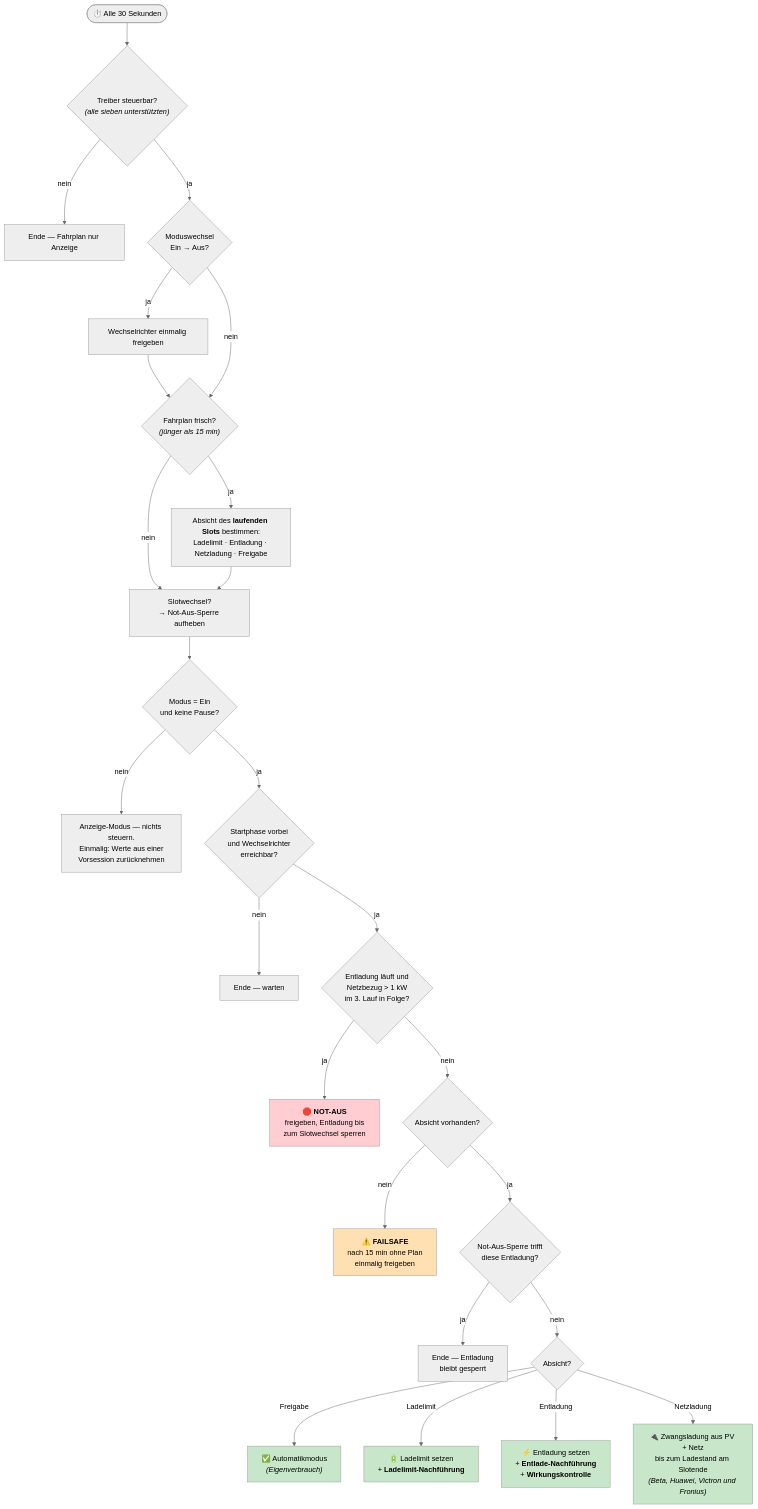
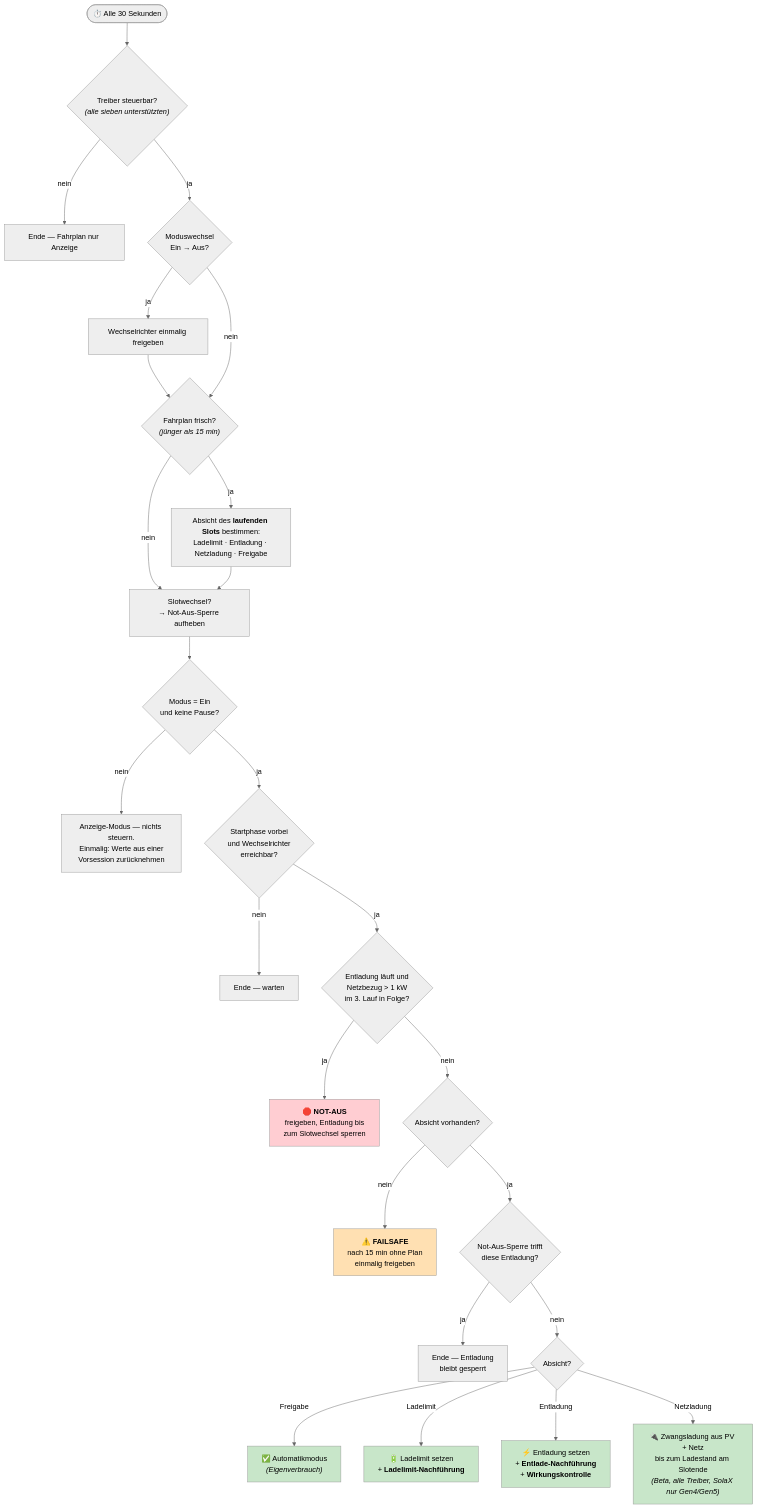
One commit to RobertHell82/EEGEnergyOptimizer2 changed the second of 2 diagrams in docs/steuerung.md. Above: the diagram before and after it, drawn with Mermaid (neutral theme). The commit also changed other lines of this file and 17 other files, not shown here.

First line of the commit message:
docs: Netzladen und Spitzenkappung für alle Wechselrichter

````diff
--- a/docs/steuerung.md
+++ b/docs/steuerung.md
@@ -65,33 +65,33 @@
 ```mermaid
 flowchart TD
     START(["⏱️ Alle 30 Sekunden"]) --> SUP{"Treiber steuerbar?<br/><i>(alle sieben unterstützten)</i>"}
     SUP -- "nein" --> E1["Ende — Fahrplan nur Anzeige"]
     SUP -- "ja" --> WECHSEL{"Moduswechsel<br/>Ein → Aus?"}
     WECHSEL -- "ja" --> REL["Wechselrichter einmalig freigeben"] --> FRISCH
     WECHSEL -- "nein" --> FRISCH{"Fahrplan frisch?<br/><i>(jünger als 15 min)</i>"}
     FRISCH -- "ja" --> ABSICHT["Absicht des <b>laufenden Slots</b> bestimmen:<br/>Ladelimit · Entladung · Netzladung · Freigabe"]
     FRISCH -- "nein" --> SLOT
     ABSICHT --> SLOT["Slotwechsel?<br/>→ Not-Aus-Sperre aufheben"]
     SLOT --> MODUS{"Modus = Ein<br/>und keine Pause?"}
     MODUS -- "nein" --> E2["Anzeige-Modus — nichts steuern.<br/>Einmalig: Werte aus einer<br/>Vorsession zurücknehmen"]
     MODUS -- "ja" --> BEREIT{"Startphase vorbei<br/>und Wechselrichter<br/>erreichbar?"}
     BEREIT -- "nein" --> E3["Ende — warten"]
     BEREIT -- "ja" --> NOTAUS{"Entladung läuft und<br/>Netzbezug &gt; 1 kW<br/>im 3. Lauf in Folge?"}
     NOTAUS -- "ja" --> NA["🛑 <b>NOT-AUS</b><br/>freigeben, Entladung bis<br/>zum Slotwechsel sperren"]
     NOTAUS -- "nein" --> PLAN{"Absicht vorhanden?"}
     PLAN -- "nein" --> FS["⚠️ <b>FAILSAFE</b><br/>nach 15 min ohne Plan<br/>einmalig freigeben"]
     PLAN -- "ja" --> SPERRE{"Not-Aus-Sperre trifft<br/>diese Entladung?"}
     SPERRE -- "ja" --> E4["Ende — Entladung<br/>bleibt gesperrt"]
     SPERRE -- "nein" --> AKTION{"Absicht?"}
     AKTION -- "Freigabe" --> AF["✅ Automatikmodus<br/><i>(Eigenverbrauch)</i>"]
     AKTION -- "Ladelimit" --> AL["🔋 Ladelimit setzen<br/>+ <b>Ladelimit-Nachführung</b>"]
     AKTION -- "Entladung" --> AE["⚡ Entladung setzen<br/>+ <b>Entlade-Nachführung</b><br/>+ <b>Wirkungskontrolle</b>"]
-    AKTION -- "Netzladung" --> AN["🔌 Zwangsladung aus PV + Netz<br/>bis zum Ladestand am Slotende<br/><i>(Beta, Huawei, Victron und Fronius)</i>"]
+    AKTION -- "Netzladung" --> AN["🔌 Zwangsladung aus PV + Netz<br/>bis zum Ladestand am Slotende<br/><i>(Beta, alle Treiber, SolaX nur Gen4/Gen5)</i>"]
 
     style NA fill:#ffcdd2,color:#000
     style FS fill:#ffe0b2,color:#000
     style AF fill:#c8e6c9,color:#000
     style AL fill:#c8e6c9,color:#000
     style AE fill:#c8e6c9,color:#000
     style AN fill:#c8e6c9,color:#000
 ```
````
